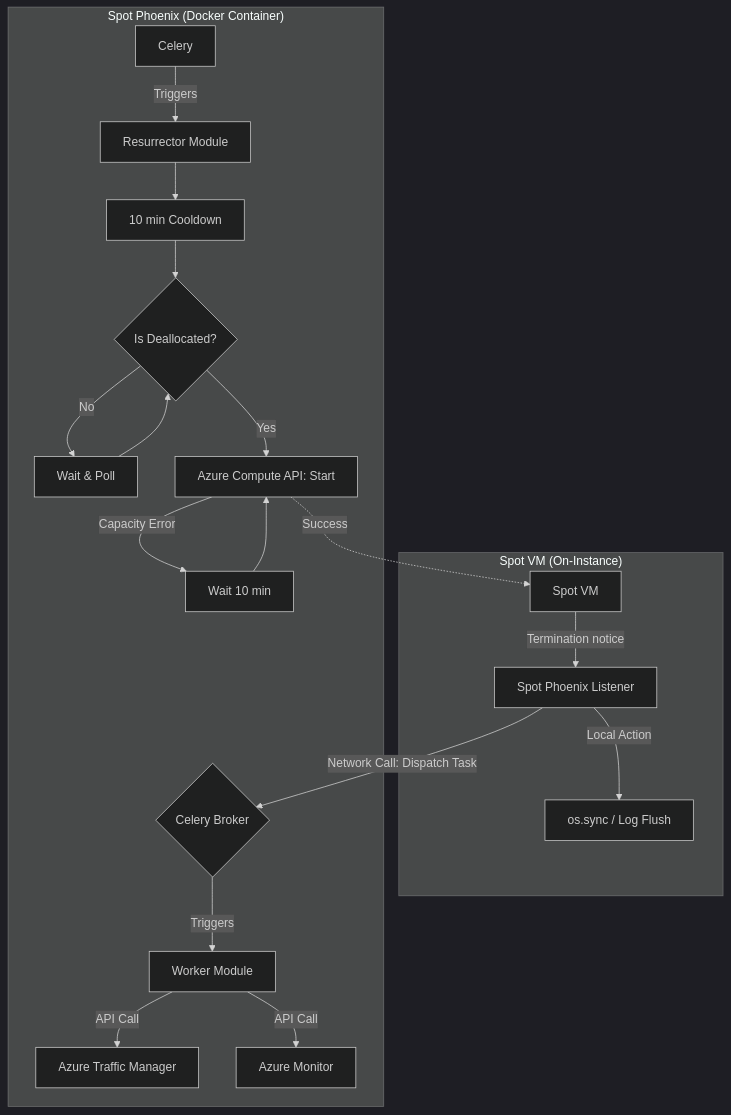
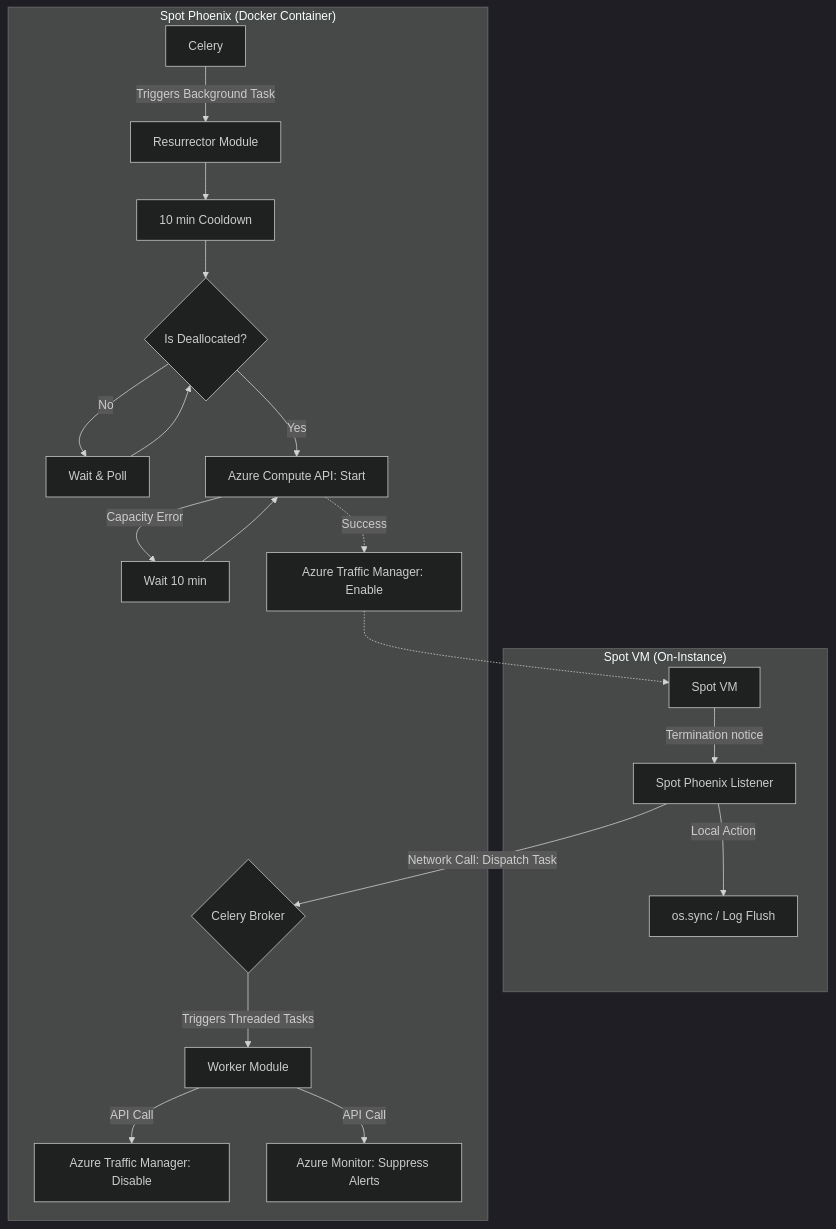
Before and after one commit to Aukse5/SpotPhoenix: the second of 2 diagrams in Documentation.md, drawn with Mermaid (dark theme). The commit also changed other lines of this file, not shown here.

````diff
--- a/Documentation.md
+++ b/Documentation.md
@@ -72,26 +84,29 @@
 ```mermaid
 graph TD
     subgraph "Spot VM (On-Instance)"
         A[Spot VM] -->|Termination notice| L1[Spot Phoenix Listener]
         L1 -->|Local Action| MEM[os.sync / Log Flush]
     end
 
     L1 -->|Network Call: Dispatch Task| CELERY
 
     subgraph "Spot Phoenix (Docker Container)"
-        CELERY{Celery Broker} -->|Triggers| W[Worker Module]
-        Celery -->|Triggers| R[Resurrector Module]
+        CELERY{Celery Broker} -->|Triggers Threaded Tasks| W[Worker Module]
+        Celery -->|Triggers Background Task| R[Resurrector Module]
 
-        W -->|API Call| ATM[Azure Traffic Manager]
-        W -->|API Call| MON[Azure Monitor]
+        W -->|API Call| ATM[Azure Traffic Manager: Disable]
+        W -->|API Call| MON[Azure Monitor: Suppress Alerts]
         
         R --> C[10 min Cooldown]
         C --> S{Is Deallocated?}
         S -- No --> W1[Wait & Poll]
         W1 --> S
+
         S -- Yes --> AZ[Azure Compute API: Start]
         AZ -- Capacity Error --> W2[Wait 10 min]
         W2 --> AZ
-        AZ -.->|Success| A
+
+        AZ -.->|Success| ATM_EN[Azure Traffic Manager: Enable]
+        ATM_EN -.-> A
     end
 ```
````
